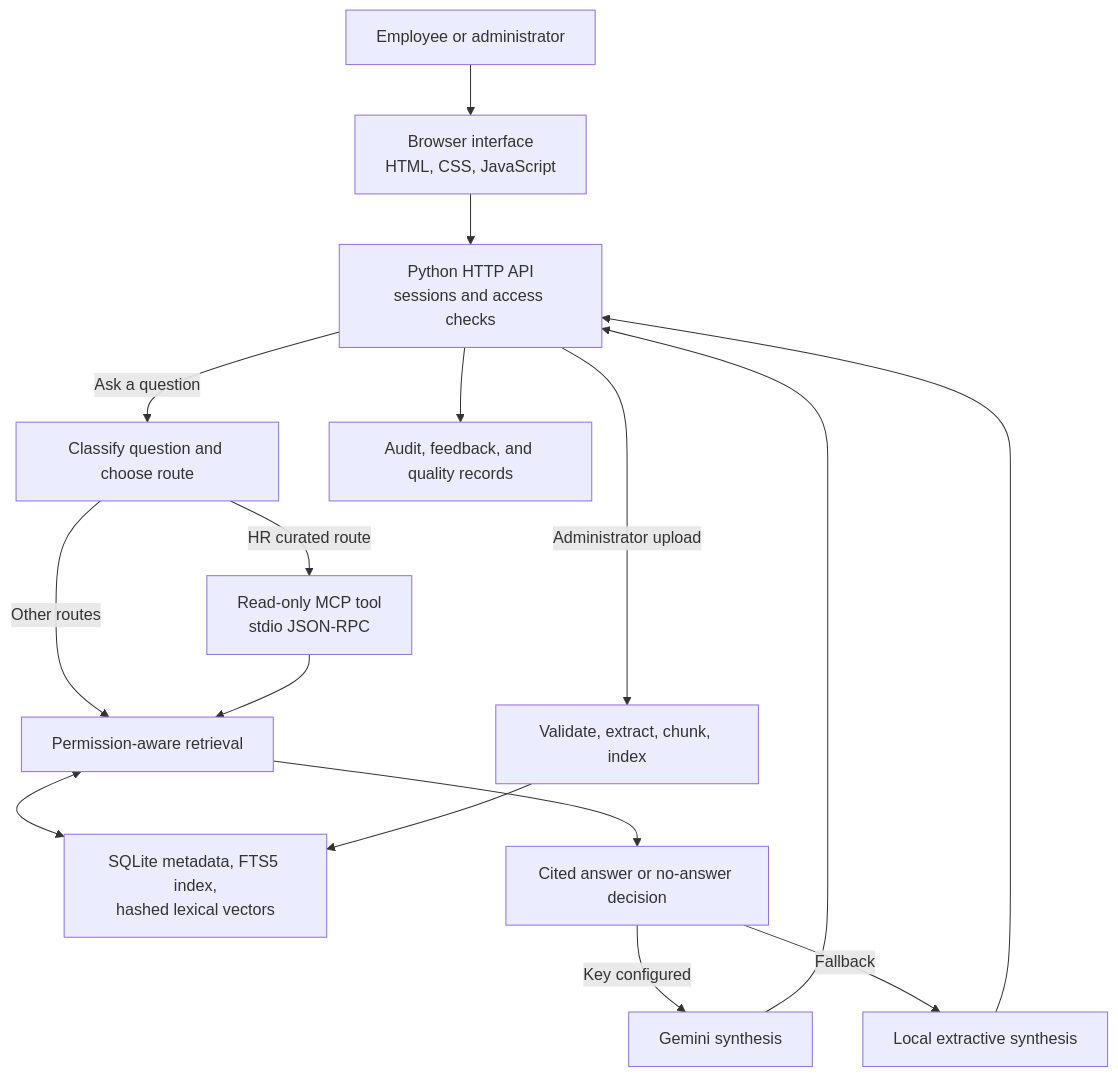
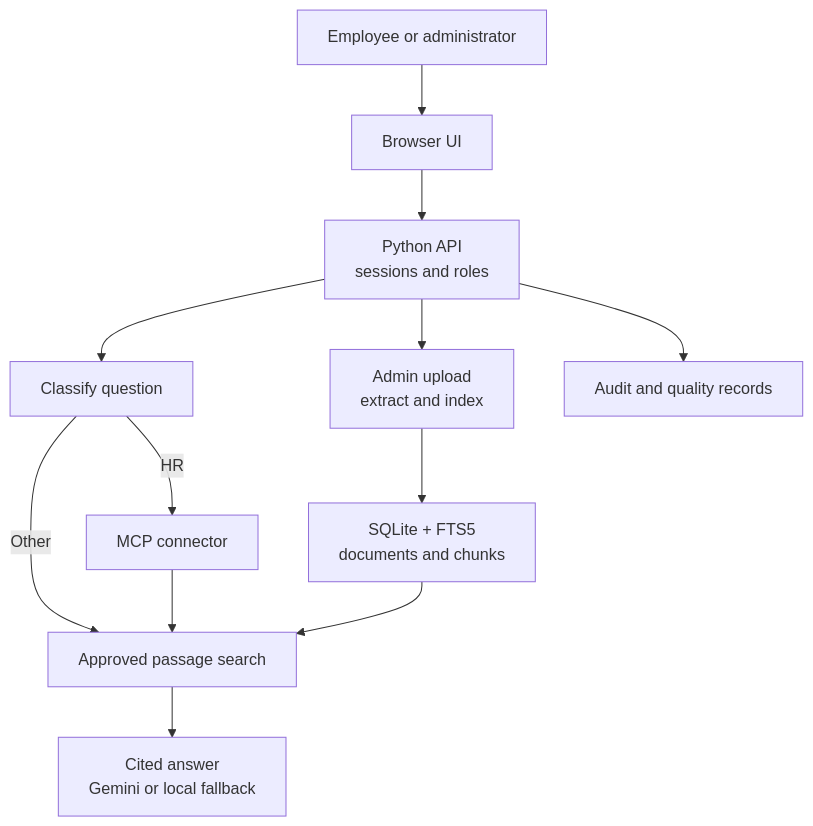
One commit to darkprinceindia/infosys-ai-knowledge-assistant-enterprise-gpt changed the first of 2 diagrams in README.md. Above: the diagram before and after it, drawn with Mermaid. The commit also changed other lines of this file, not shown here.

Commit message:
docs: simplify architecture diagram and clarify project scope

````diff
--- a/README.md
+++ b/README.md
@@ -23,18 +23,14 @@
 ```mermaid
 flowchart TB
-    User["Employee or administrator"] --> UI["Browser interface<br/>HTML, CSS, JavaScript"]
-    UI --> API["Python HTTP API<br/>sessions and access checks"]
-    API -->|"Ask a question"| Router["Classify question and choose route"]
-    Router -->|"HR curated route"| MCP["Read-only MCP tool<br/>stdio JSON-RPC"]
-    Router -->|"Other routes"| Search["Permission-aware retrieval"]
+    User["Employee or administrator"] --> UI["Browser UI"]
+    UI --> API["Python API<br/>sessions and roles"]
+    API --> Router["Classify question"]
+    Router -->|"HR"| MCP["MCP connector"]
+    Router -->|"Other"| Search["Approved passage search"]
     MCP --> Search
-    Search <--> Store["SQLite metadata, FTS5 index,<br/>hashed lexical vectors"]
-    Search --> Answer["Cited answer or no-answer decision"]
-    Answer -->|"Key configured"| Gemini["Gemini synthesis"]
-    Answer -->|"Fallback"| Extract["Local extractive synthesis"]
-    Gemini --> API
-    Extract --> API
-    API -->|"Administrator upload"| Intake["Validate, extract, chunk, index"]
+    Store["SQLite + FTS5<br/>documents and chunks"] --> Search
+    Search --> Answer["Cited answer<br/>Gemini or local fallback"]
+    API --> Intake["Admin upload<br/>extract and index"]
     Intake --> Store
-    API --> Signals["Audit, feedback, and quality records"]
+    API --> Signals["Audit and quality records"]
 ```
````
